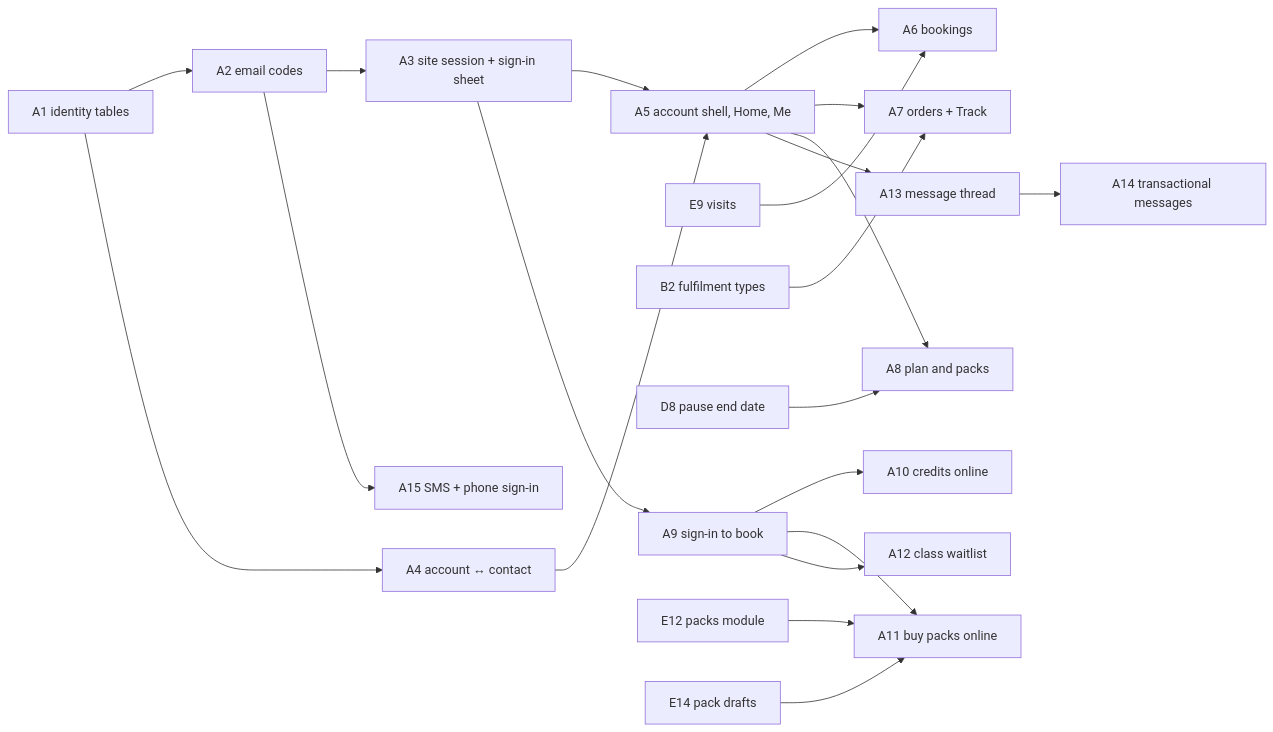
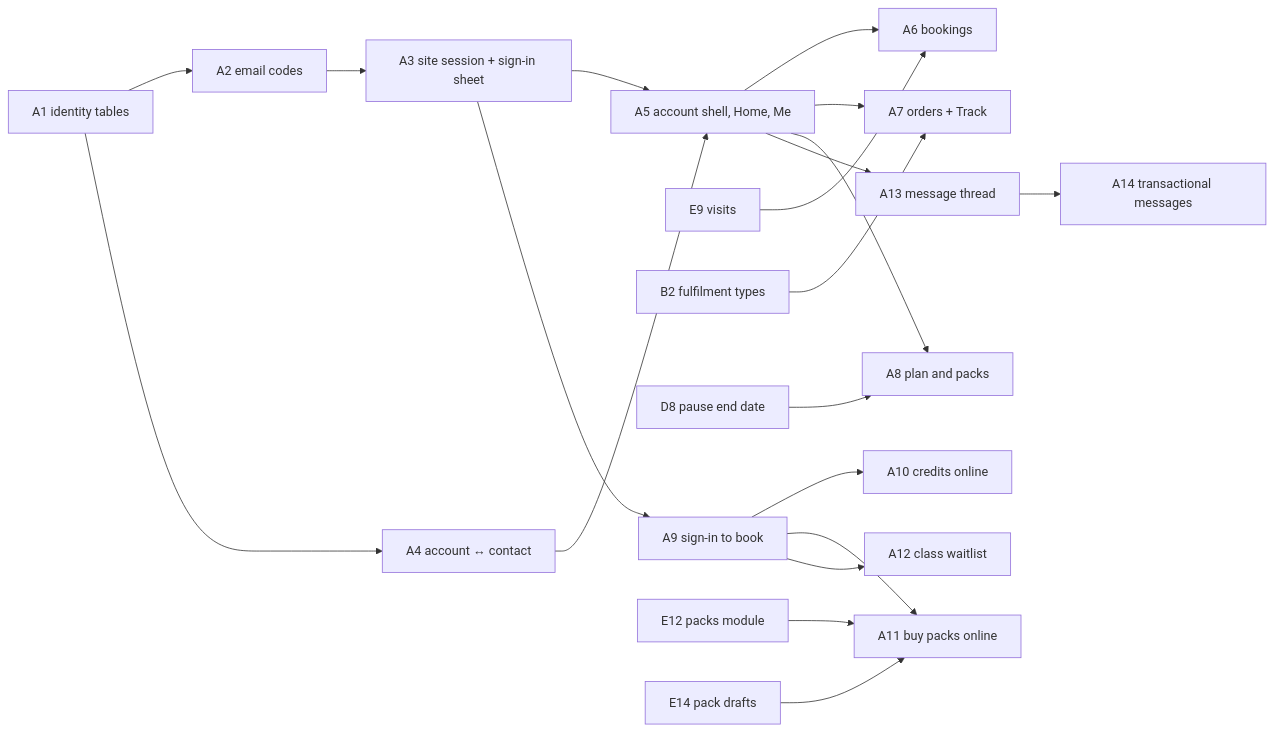
Before and after one commit to saroh-labs/saroh.in: the third of 3 diagrams in docs/plans/2026-09-26-001-feat-customer-accounts-plan.md, drawn with Mermaid. The commit also changed other lines of this file and 3 other files, not shown here.

First line of the commit message:
docs(plans): customer sign-in is email only this round; phone sign-in and SMS move to Later

````diff
--- a/docs/plans/2026-09-26-001-feat-customer-accounts-plan.md
+++ b/docs/plans/2026-09-26-001-feat-customer-accounts-plan.md
@@ -277,23 +281,22 @@
 ```mermaid
 flowchart LR
   A1[A1 identity tables] --> A2[A2 email codes]
   A2 --> A3[A3 site session + sign-in sheet]
   A1 --> A4[A4 account ↔ contact]
   A3 --> A5[A5 account shell, Home, Me]
   A4 --> A5
   A5 --> A6[A6 bookings]
   E9[E9 visits] --> A6
   A5 --> A7[A7 orders + Track]
   B2[B2 fulfilment types] --> A7
   A5 --> A8[A8 plan and packs]
   D8[D8 pause end date] --> A8
   A3 --> A9[A9 sign-in to book]
   A9 --> A10[A10 credits online]
   A9 --> A11[A11 buy packs online]
   E12[E12 packs module] --> A11
   E14[E14 pack drafts] --> A11
   A9 --> A12[A12 class waitlist]
   A5 --> A13[A13 message thread]
   A13 --> A14[A14 transactional messages]
-  A2 --> A15[A15 SMS + phone sign-in]
 ```
````
